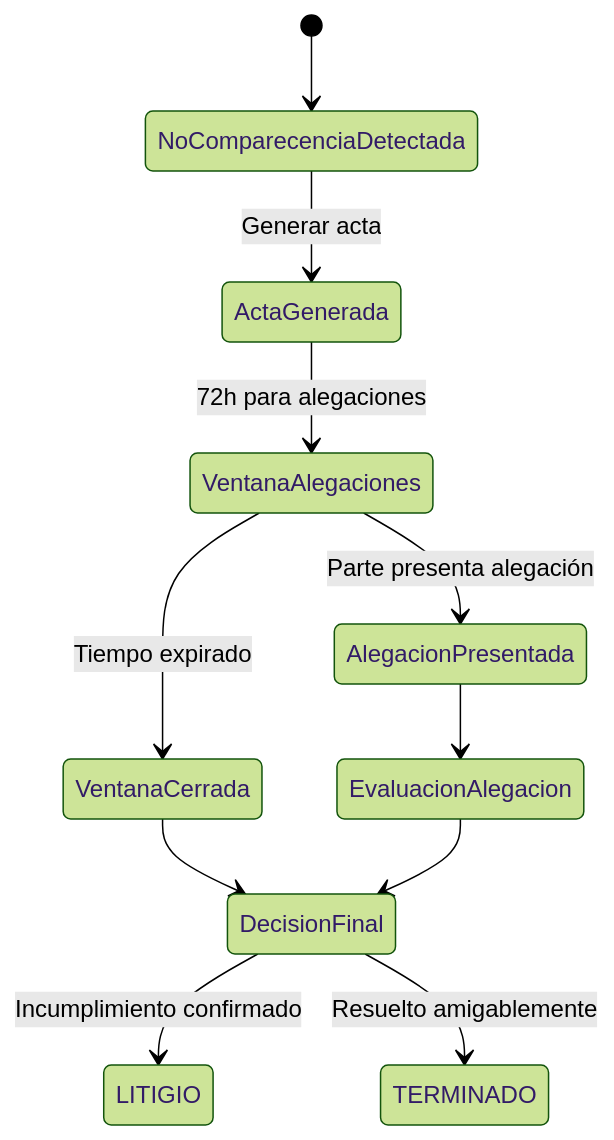
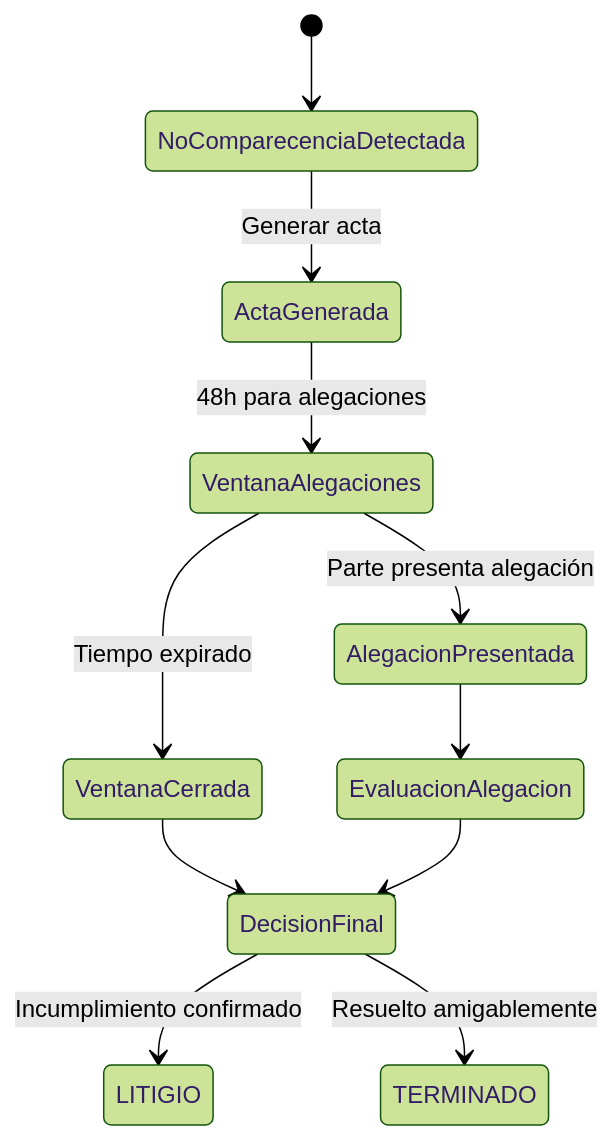
The fourth of 6 diagrams in README.md (moimene/contratos-arras), drawn with Mermaid (forest theme) before and after one commit. The commit also changed 4 other files, not shown here.

````diff
--- a/README.md
+++ b/README.md
@@ -181,13 +181,13 @@
 ```mermaid
 stateDiagram-v2
     [*] --> NoComparecenciaDetectada
     NoComparecenciaDetectada --> ActaGenerada: Generar acta
-    ActaGenerada --> VentanaAlegaciones: 72h para alegaciones
+    ActaGenerada --> VentanaAlegaciones: 48h para alegaciones
     VentanaAlegaciones --> AlegacionPresentada: Parte presenta alegación
     VentanaAlegaciones --> VentanaCerrada: Tiempo expirado
     AlegacionPresentada --> EvaluacionAlegacion
     VentanaCerrada --> DecisionFinal
     EvaluacionAlegacion --> DecisionFinal
     DecisionFinal --> LITIGIO: Incumplimiento confirmado
     DecisionFinal --> TERMINADO: Resuelto amigablemente
 ```
````
